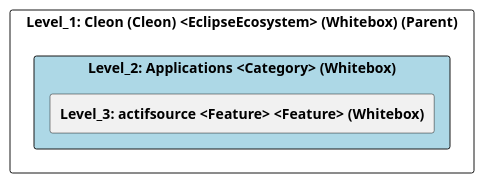
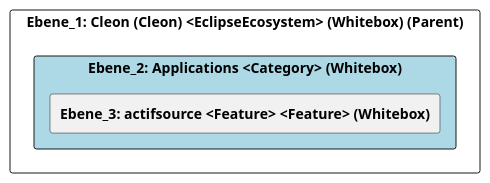
Before and after one commit to marcozwyssig/cleon: the diagram in doc/cleonproject_deliverables_architecture_model_architecture/adoc/de/05_bausteinsicht/cleon/applications/ebene_2_applications.adoc, drawn with PlantUML. The commit also changed other lines of this file and 150 other files, not shown here.

```diff
--- a/doc/cleonproject_deliverables_architecture_model_architecture/adoc/de/05_bausteinsicht/cleon/applications/ebene_2_applications.adoc
+++ b/doc/cleonproject_deliverables_architecture_model_architecture/adoc/de/05_bausteinsicht/cleon/applications/ebene_2_applications.adoc
@@ -24,26 +24,26 @@
-[plantuml, Level_2: Applications <Category> (Whitebox)BlockOverview, format="svg"]
+[plantuml, Ebene_2: Applications <Category> (Whitebox)BlockOverview, format="svg"]
 ----
-@startuml Level_2: Applications <Category> (Whitebox)BuildingBlockOverview
+@startuml Ebene_2: Applications <Category> (Whitebox)BuildingBlockOverview
 
 skinparam ranksep 10
 skinparam componentStyle rectangle
 skinparam shadowing false
 skinparam arrowColor lightblue
 skinparam arrowThickness 1.2
 skinparam rectangle {
   BackgroundColor White
   BorderColor #333
   RoundCorner 10
 }
 top to bottom direction
 
-component "Level_1: Cleon (Cleon) <EclipseEcosystem> (Whitebox) (Parent)" {
-    component "Level_2: Applications <Category> (Whitebox)" #lightblue {
-        [**Level_3: actifsource <Feature> <Feature> (Whitebox)**] as 49057F39_D579_11EE_903E_9F564E4DE07E
+component "Ebene_1: Cleon (Cleon) <EclipseEcosystem> (Whitebox) (Parent)" {
+    component "Ebene_2: Applications <Category> (Whitebox)" #lightblue {
+        [**Ebene_3: actifsource <Feature> <Feature> (Whitebox)**] as 49057F39_D579_11EE_903E_9F564E4DE07E
     }
 
     
 }
 
 @enduml
 ----
```
